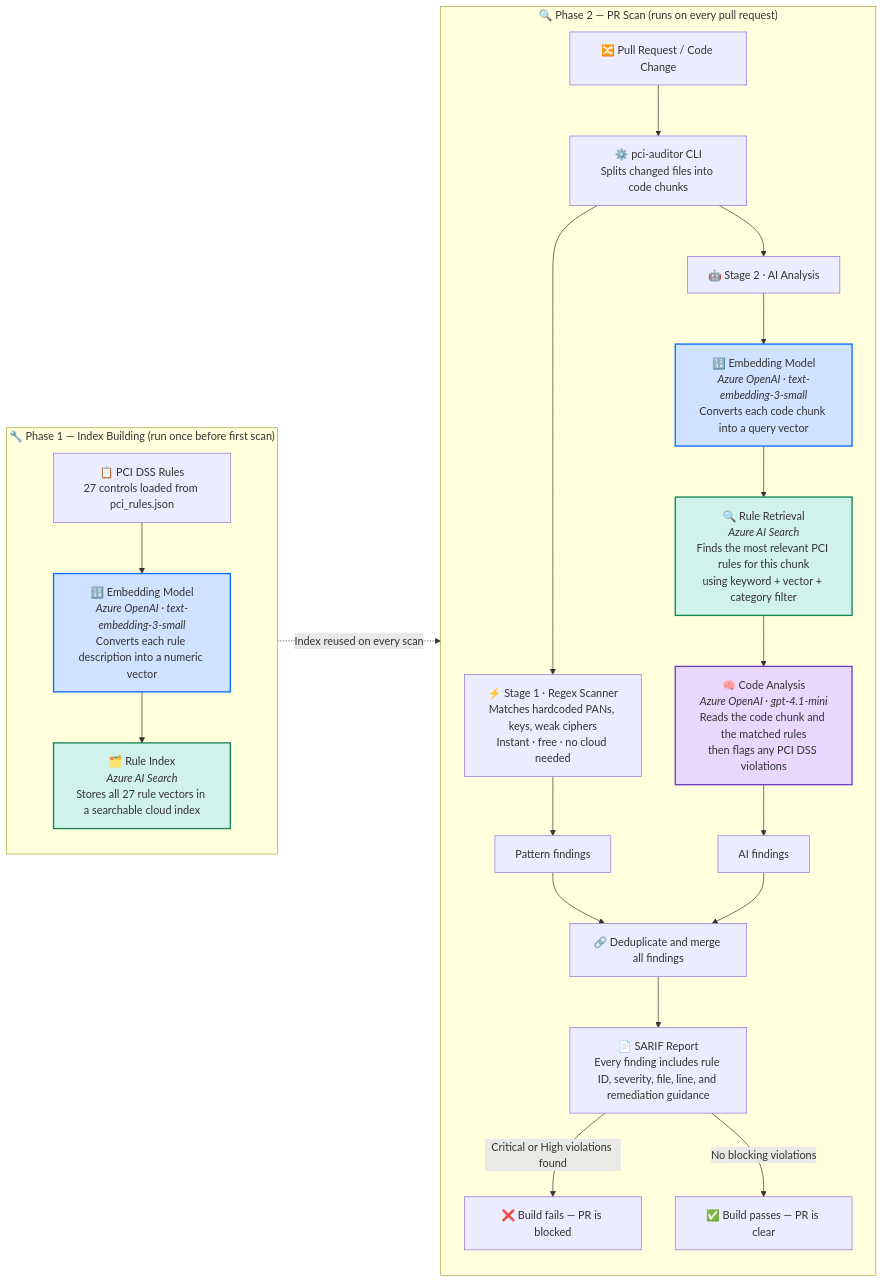
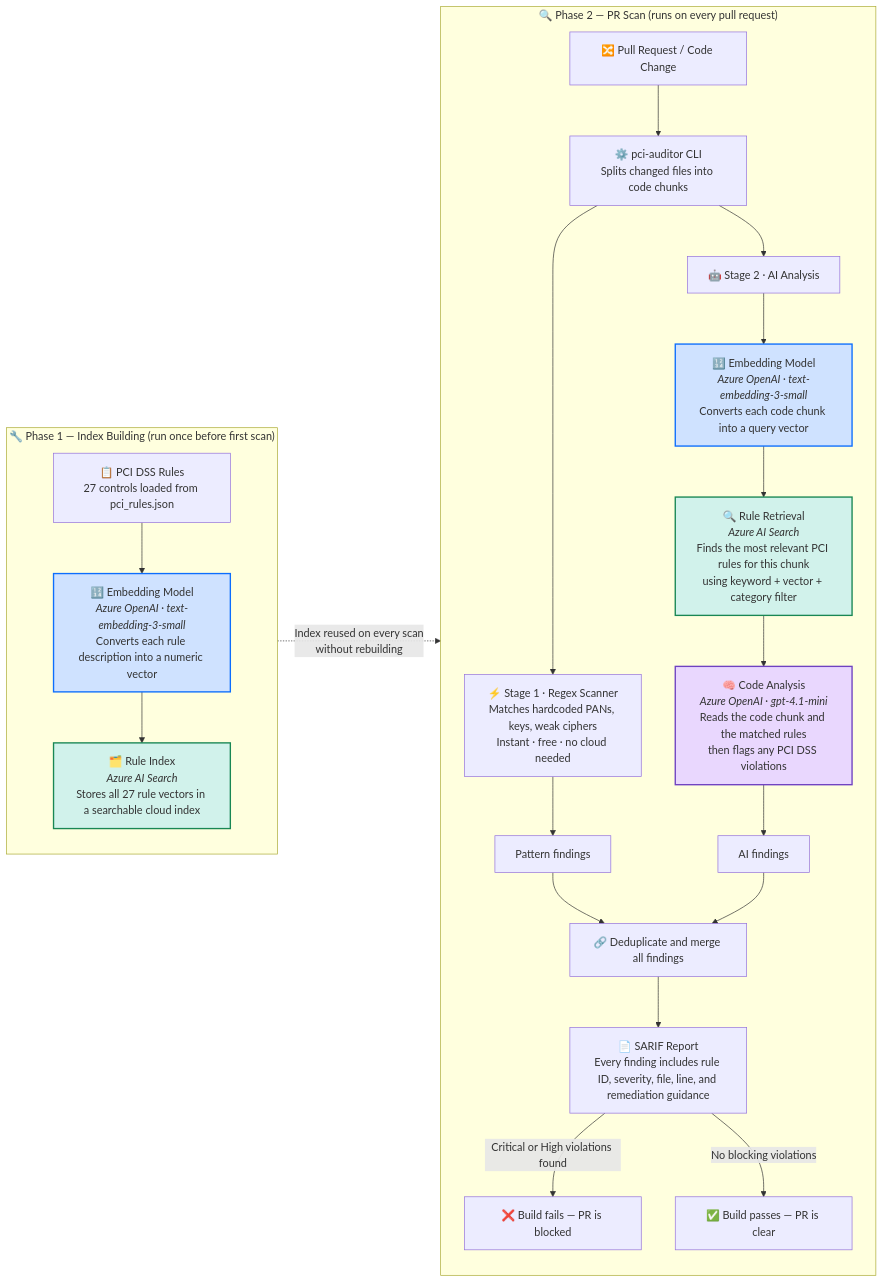
The diagram in README.md (nilavanrajamani/pci-auditor), drawn with Mermaid before and after one commit.

Commit message:
docs: fix Mermaid layout — connect subgraphs at phase level to preserve TB direction

````diff
--- a/README.md
+++ b/README.md
@@ -61,52 +61,52 @@
 ```mermaid
 flowchart LR
     subgraph SETUP ["🔧  Phase 1 — Index Building   (run once before first scan)"]
         direction TB
         RULES["📋 PCI DSS Rules<br/>27 controls loaded from pci_rules.json"]
         EMBD1["🔢 Embedding Model<br/><i>Azure OpenAI · text-embedding-3-small</i><br/>Converts each rule description into a numeric vector"]
         INDEX["🗂️ Rule Index<br/><i>Azure AI Search</i><br/>Stores all 27 rule vectors in a searchable cloud index"]
         RULES --> EMBD1 --> INDEX
     end
 
     subgraph SCAN ["🔍  Phase 2 — PR Scan   (runs on every pull request)"]
         direction TB
         PR["🔀 Pull Request / Code Change"]
         CLI["⚙️ pci-auditor CLI<br/>Splits changed files into code chunks"]
         PR --> CLI
 
         REGEX["⚡ Stage 1 · Regex Scanner<br/>Matches hardcoded PANs, keys, weak ciphers<br/>Instant · free · no cloud needed"]
         AISTAGE["🤖 Stage 2 · AI Analysis"]
         CLI --> REGEX
         CLI --> AISTAGE
 
         EMBD2["🔢 Embedding Model<br/><i>Azure OpenAI · text-embedding-3-small</i><br/>Converts each code chunk into a query vector"]
         SEARCHQ["🔍 Rule Retrieval<br/><i>Azure AI Search</i><br/>Finds the most relevant PCI rules for this chunk<br/>using keyword + vector + category filter"]
         GPT["🧠 Code Analysis<br/><i>Azure OpenAI · gpt-4.1-mini</i><br/>Reads the code chunk and the matched rules<br/>then flags any PCI DSS violations"]
         AISTAGE --> EMBD2 --> SEARCHQ --> GPT
 
         PF["Pattern findings"]
         AF["AI findings"]
         REGEX --> PF
         GPT --> AF
 
         MERGE["🔗 Deduplicate and merge all findings"]
         PF --> MERGE
         AF --> MERGE
 
         SARIF["📄 SARIF Report<br/>Every finding includes rule ID, severity, file, line, and remediation guidance"]
         MERGE --> SARIF
 
         FAIL["❌ Build fails — PR is blocked"]
         PASS["✅ Build passes — PR is clear"]
         SARIF -->|"Critical or High violations found"| FAIL
         SARIF -->|"No blocking violations"| PASS
     end
 
-    INDEX -. "Index reused on every scan" .-> SEARCHQ
+    SETUP -.->|"Index reused on every scan<br/>without rebuilding"| SCAN
 
-    style EMBD1 fill:#cfe2ff,stroke:#0d6efd,stroke-width:2px
-    style EMBD2 fill:#cfe2ff,stroke:#0d6efd,stroke-width:2px
-    style GPT  fill:#e9d7fe,stroke:#6f42c1,stroke-width:2px
+    style EMBD1   fill:#cfe2ff,stroke:#0d6efd,stroke-width:2px
+    style EMBD2   fill:#cfe2ff,stroke:#0d6efd,stroke-width:2px
+    style GPT     fill:#e9d7fe,stroke:#6f42c1,stroke-width:2px
     style INDEX   fill:#d1f2eb,stroke:#198754,stroke-width:2px
     style SEARCHQ fill:#d1f2eb,stroke:#198754,stroke-width:2px
 ```
````
